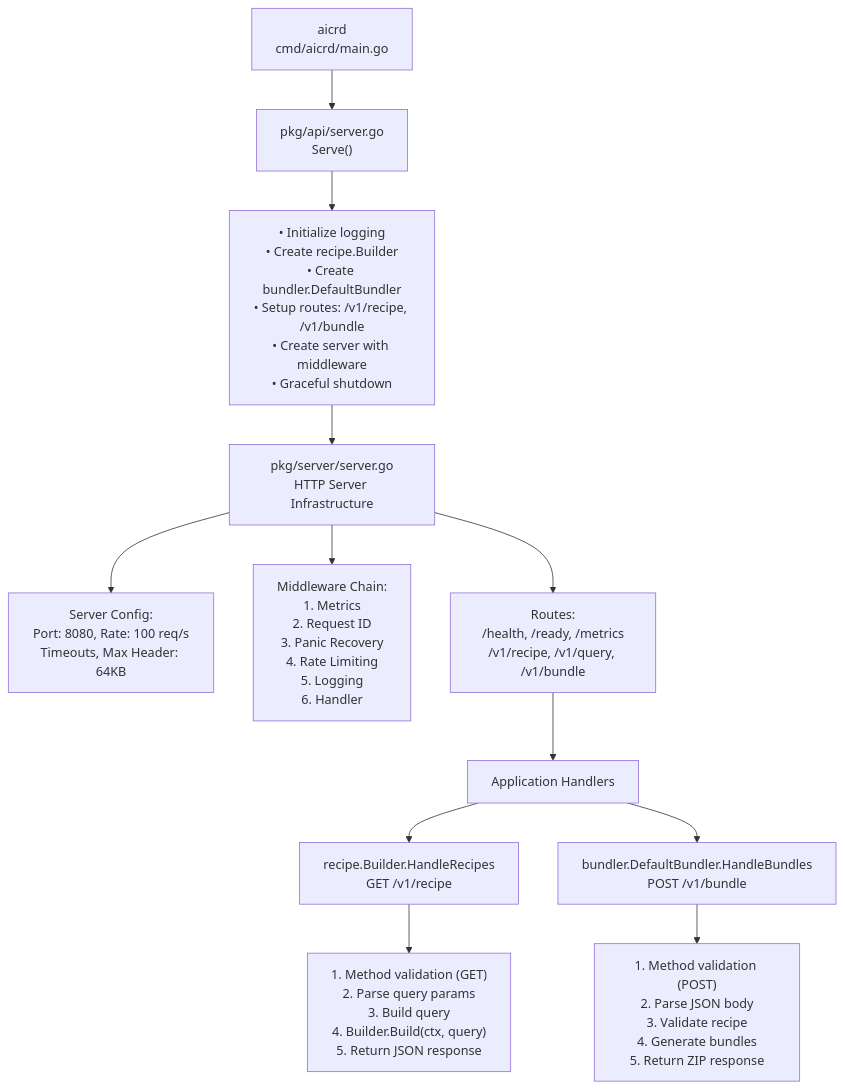
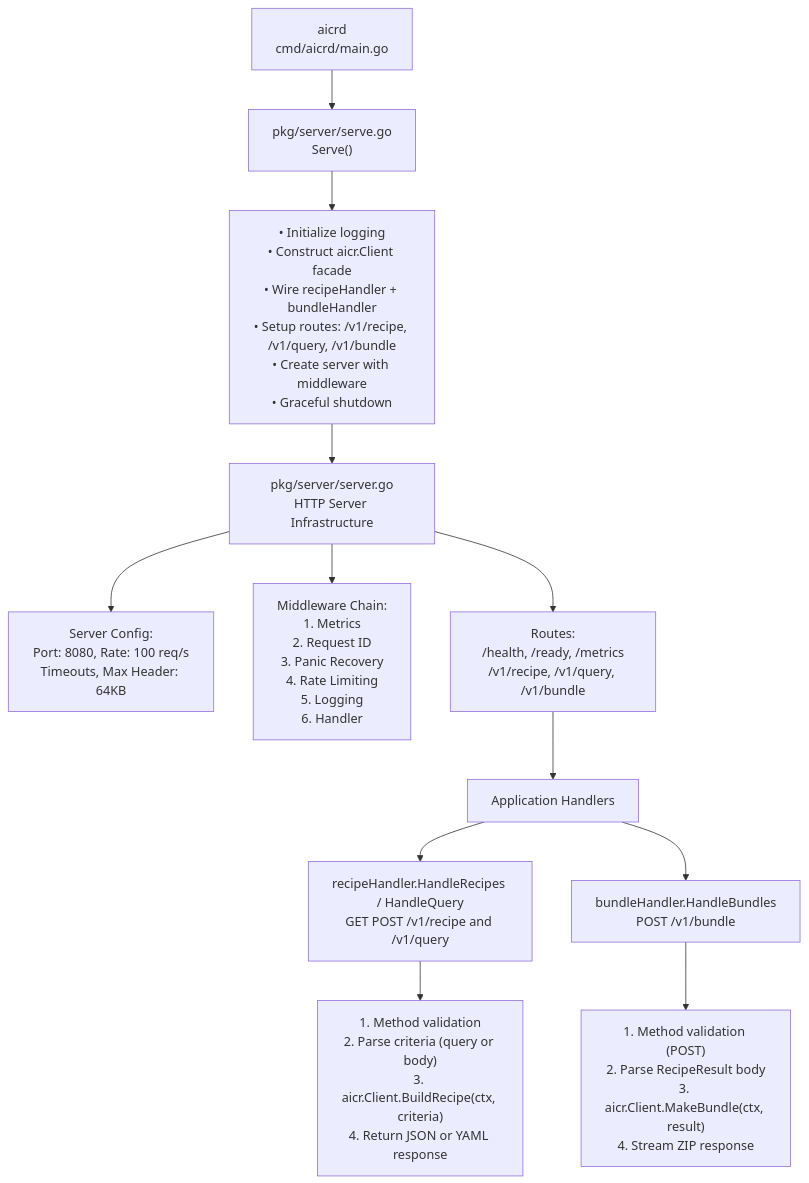
The first of 4 diagrams in docs/contributor/api-server.md (NVIDIA/aicr), drawn with Mermaid before and after one commit. The commit also changed other lines of this file and 37 other files, not shown here.

````diff
--- a/docs/contributor/api-server.md
+++ b/docs/contributor/api-server.md
@@ -34,21 +34,21 @@
 ```mermaid
 flowchart TD
-    A["aicrd<br/>cmd/aicrd/main.go"] --> B["pkg/api/server.go<br/>Serve()"]
+    A["aicrd<br/>cmd/aicrd/main.go"] --> B["pkg/server/serve.go<br/>Serve()"]
     
-    B --> B1["• Initialize logging<br/>• Create recipe.Builder<br/>• Create bundler.DefaultBundler<br/>• Setup routes: /v1/recipe, /v1/bundle<br/>• Create server with middleware<br/>• Graceful shutdown"]
+    B --> B1["• Initialize logging<br/>• Construct aicr.Client facade<br/>• Wire recipeHandler + bundleHandler<br/>• Setup routes: /v1/recipe, /v1/query, /v1/bundle<br/>• Create server with middleware<br/>• Graceful shutdown"]
     
     B1 --> C["pkg/server/server.go<br/>HTTP Server Infrastructure"]
     
     C --> C1["Server Config:<br/>Port: 8080, Rate: 100 req/s<br/>Timeouts, Max Header: 64KB"]
     C --> C2["Middleware Chain:<br/>1. Metrics<br/>2. Request ID<br/>3. Panic Recovery<br/>4. Rate Limiting<br/>5. Logging<br/>6. Handler"]
     C --> C3["Routes:<br/>/health, /ready, /metrics<br/>/v1/recipe, /v1/query, /v1/bundle"]
     
     C3 --> D["Application Handlers"]
     
-    D --> D1["recipe.Builder.HandleRecipes<br/>GET /v1/recipe"]
-    D --> D2["bundler.DefaultBundler.HandleBundles<br/>POST /v1/bundle"]
+    D --> D1["recipeHandler.HandleRecipes / HandleQuery<br/>GET POST /v1/recipe and /v1/query"]
+    D --> D2["bundleHandler.HandleBundles<br/>POST /v1/bundle"]
     
-    D1 --> D1a["1. Method validation (GET)<br/>2. Parse query params<br/>3. Build query<br/>4. Builder.Build(ctx, query)<br/>5. Return JSON response"]
+    D1 --> D1a["1. Method validation<br/>2. Parse criteria (query or body)<br/>3. aicr.Client.BuildRecipe(ctx, criteria)<br/>4. Return JSON or YAML response"]
     
-    D2 --> D2a["1. Method validation (POST)<br/>2. Parse JSON body<br/>3. Validate recipe<br/>4. Generate bundles<br/>5. Return ZIP response"]
+    D2 --> D2a["1. Method validation (POST)<br/>2. Parse RecipeResult body<br/>3. aicr.Client.MakeBundle(ctx, result)<br/>4. Stream ZIP response"]
 ```
````
